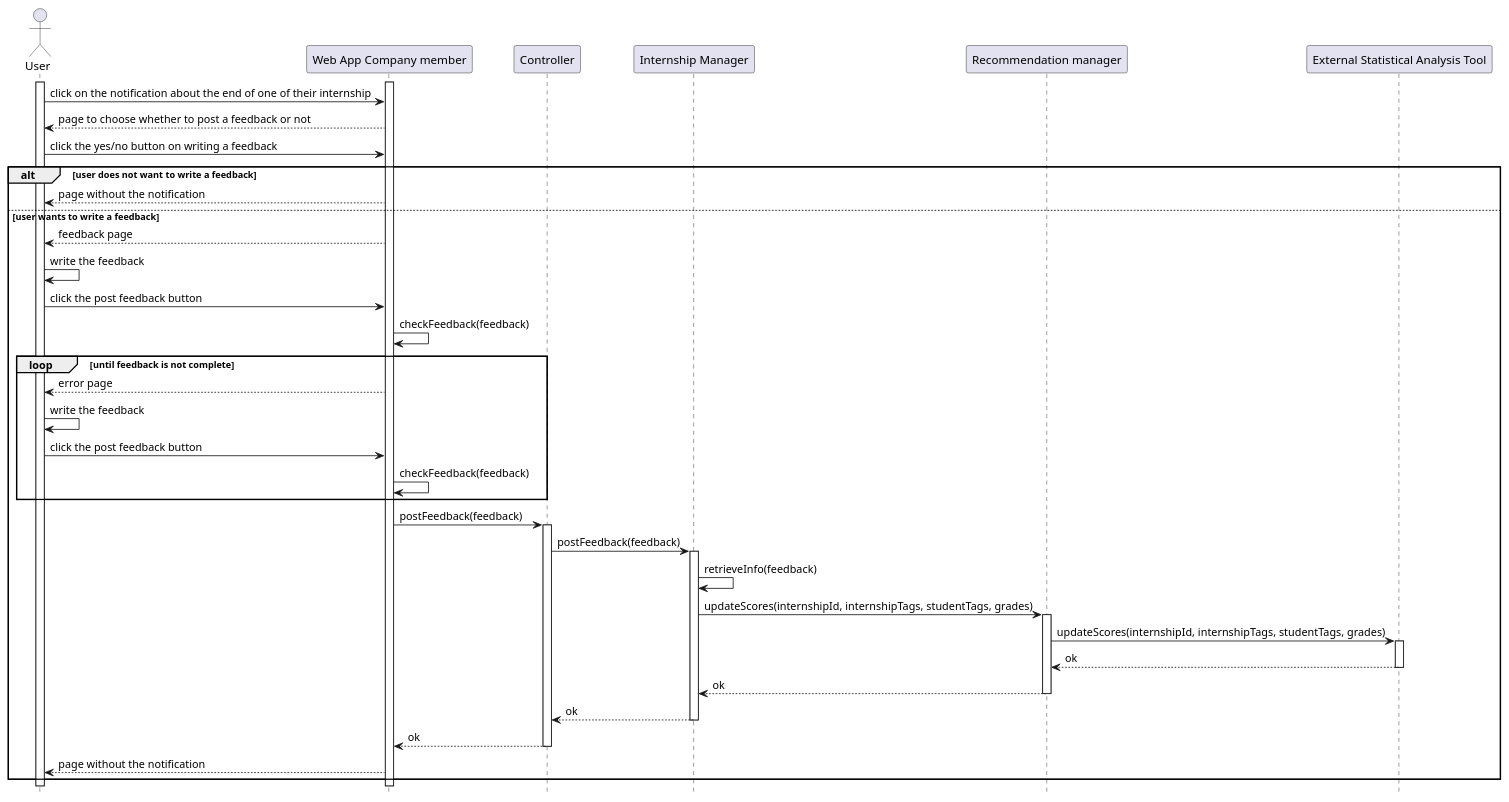
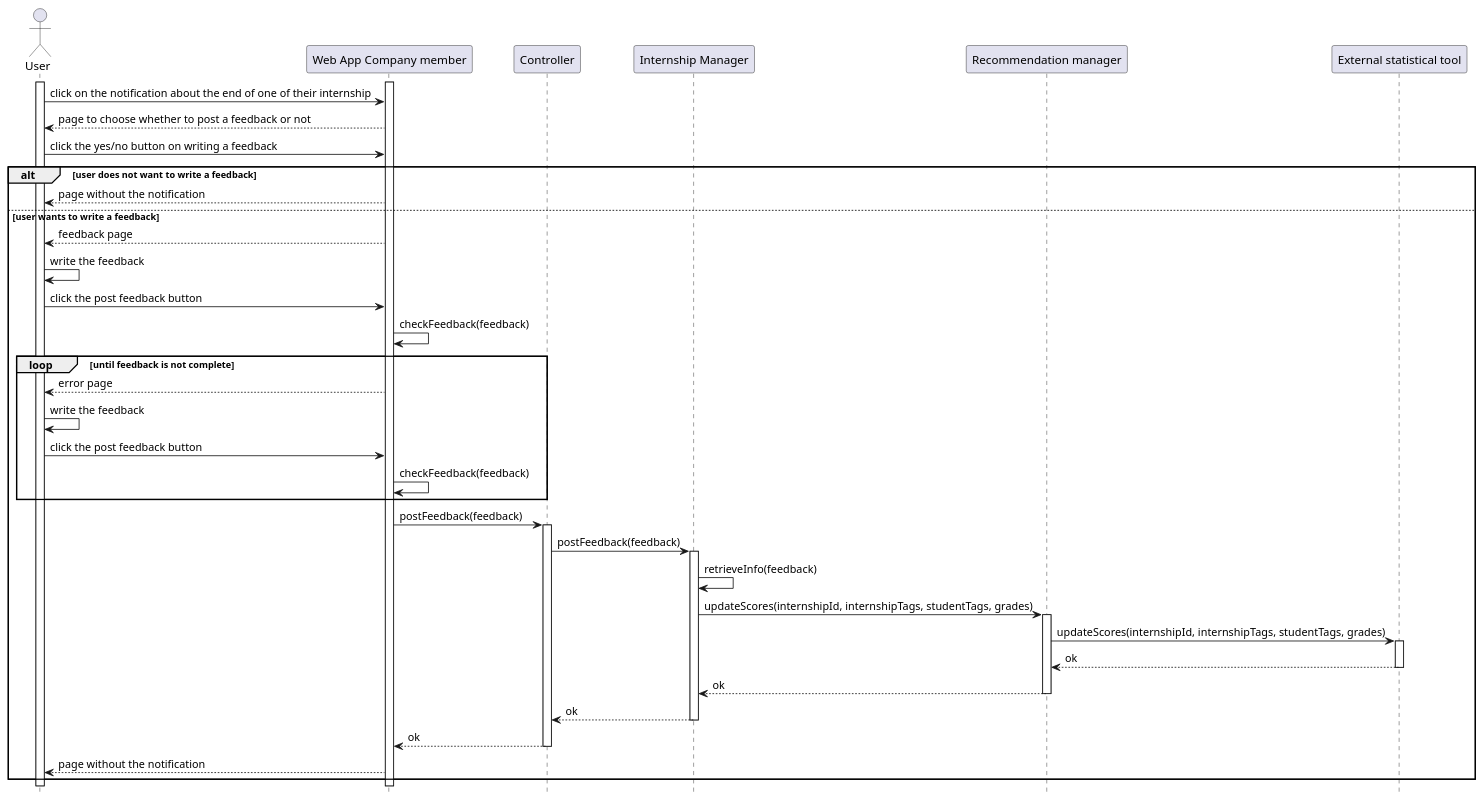
Before and after one commit to matti8702/R_and_DD_project_SE2: the diagram in DD/Architectural_design/uml_diagrams/RV28_diagram.puml, drawn with PlantUML. The commit also changed 5 other files, not shown here.

```diff
--- a/DD/Architectural_design/uml_diagrams/RV28_diagram.puml
+++ b/DD/Architectural_design/uml_diagrams/RV28_diagram.puml
@@ -1,49 +1,49 @@
 @startuml RV28
 hide footbox
 
 actor "User" as U
 participant "Web App Company member" AS WAU
 participant "Controller" as C
 participant "Internship Manager" as IM
 participant "Recommendation manager" as RM
-participant "External Statistical Analysis Tool" as ESAT
+participant "External statistical tool" as ESAT
 
 activate U
 activate WAU
 U -> WAU   : click on the notification about the end of one of their internship
 WAU --> U  : page to choose whether to post a feedback or not
 U -> WAU   : click the yes/no button on writing a feedback
 alt user does not want to write a feedback
     WAU --> U  : page without the notification
 else user wants to write a feedback
     WAU --> U  : feedback page
     U -> U     : write the feedback
     U -> WAU   : click the post feedback button
     WAU -> WAU : checkFeedback(feedback)
     loop until feedback is not complete
         WAU --> U : error page
         U -> U     : write the feedback
         U -> WAU   : click the post feedback button
         WAU -> WAU : checkFeedback(feedback)
     end
     WAU -> C   : postFeedback(feedback)
     activate C
     C -> IM    : postFeedback(feedback)
     activate IM
     IM -> IM : retrieveInfo(feedback)
     IM -> RM : updateScores(internshipId, internshipTags, studentTags, grades)
     activate RM
     RM -> ESAT : updateScores(internshipId, internshipTags, studentTags, grades)
     activate ESAT
     ESAT --> RM : ok
     deactivate ESAT
     RM --> IM   : ok
     deactivate RM
 
     IM --> C : ok
     deactivate IM
     C --> WAU : ok
     deactivate C
     WAU --> U : page without the notification
 end
 @enduml
```
